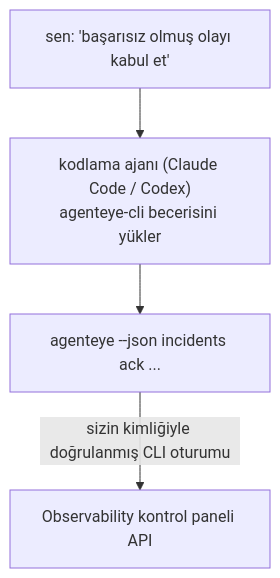
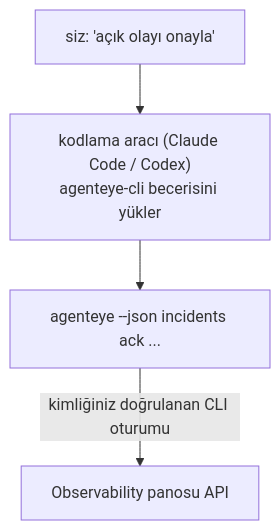
The diagram in docs/tr/agenteye/cli-skill.mdx (FailproofAI/failproofai), drawn with Mermaid before and after one commit. The commit also changed other lines of this file and 649 other files, not shown here.

````diff
--- a/docs/tr/agenteye/cli-skill.mdx
+++ b/docs/tr/agenteye/cli-skill.mdx
@@ -28,6 +29,6 @@
 ```mermaid
 flowchart TD
-    YOU["sen: 'başarısız olmuş olayı kabul et'"] --> AGENT["kodlama ajanı (Claude Code / Codex)<br/>agenteye-cli becerisini yükler"]
+    YOU["siz: 'açık olayı onayla'"] --> AGENT["kodlama aracı (Claude Code / Codex)<br/>agenteye-cli becerisini yükler"]
     AGENT --> CLI["agenteye --json incidents ack ..."]
-    CLI -->|sizin kimliğiyle doğrulanmış CLI oturumu| API["Observability kontrol paneli API"]
+    CLI -->|kimliğiniz doğrulanan CLI oturumu| API["Observability panosu API"]
 ```
````
